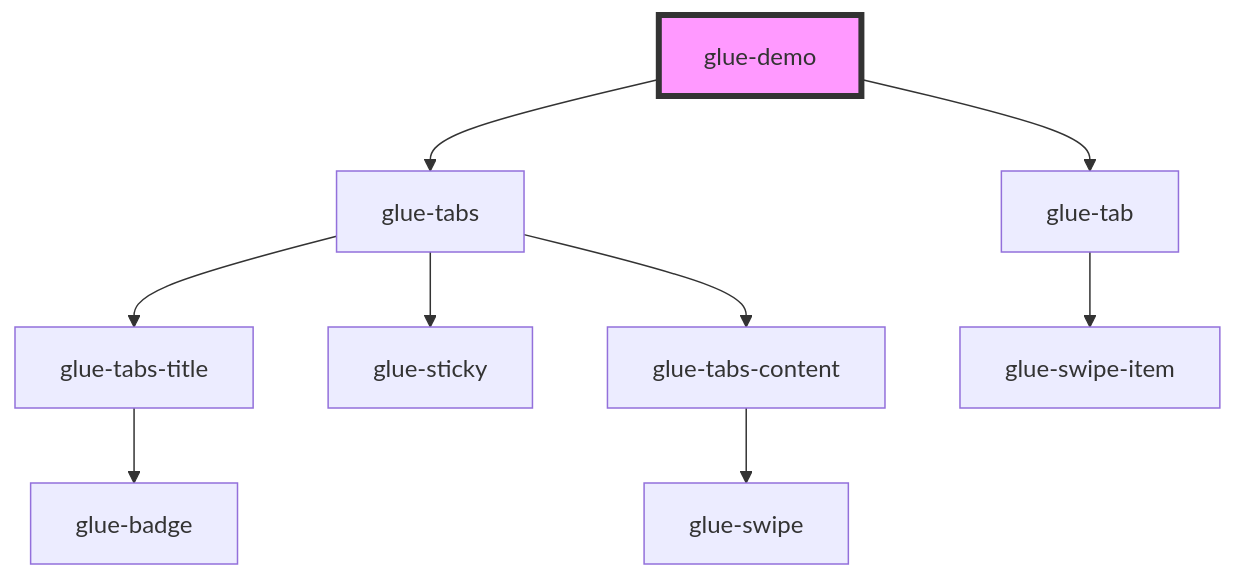
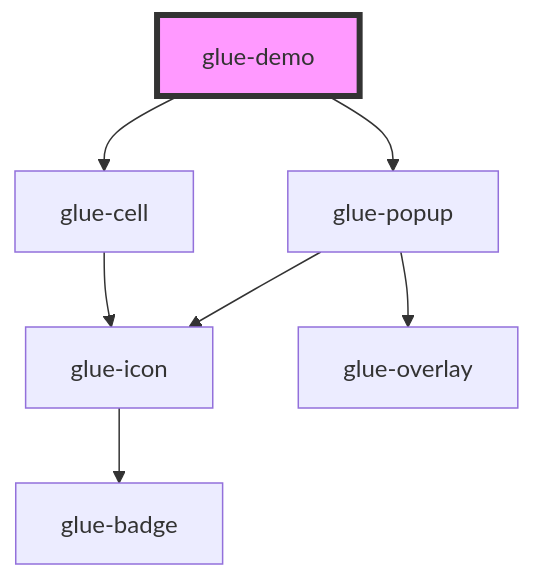
The diagram in packages/glue-components/src/components/glue-demo/readme.md (grasilife/glue), drawn with Mermaid before and after one commit. The commit also changed other lines of this file and 7 other files, not shown here.

````diff
--- a/packages/glue-components/src/components/glue-demo/readme.md
+++ b/packages/glue-components/src/components/glue-demo/readme.md
@@ -16,12 +16,10 @@
 ```mermaid
 graph TD;
-  glue-demo --> glue-tabs
-  glue-demo --> glue-tab
-  glue-tabs --> glue-tabs-title
-  glue-tabs --> glue-sticky
-  glue-tabs --> glue-tabs-content
-  glue-tabs-title --> glue-badge
-  glue-tabs-content --> glue-swipe
-  glue-tab --> glue-swipe-item
+  glue-demo --> glue-cell
+  glue-demo --> glue-popup
+  glue-cell --> glue-icon
+  glue-icon --> glue-badge
+  glue-popup --> glue-icon
+  glue-popup --> glue-overlay
   style glue-demo fill:#f9f,stroke:#333,stroke-width:4px
 ```
````
